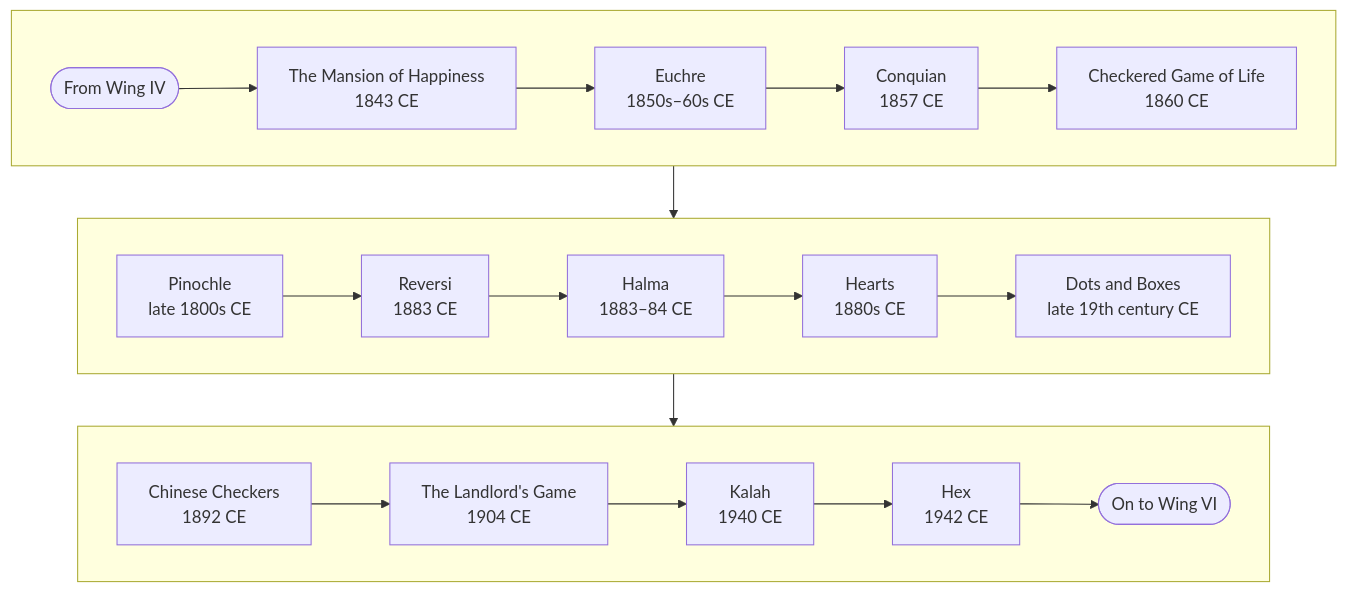
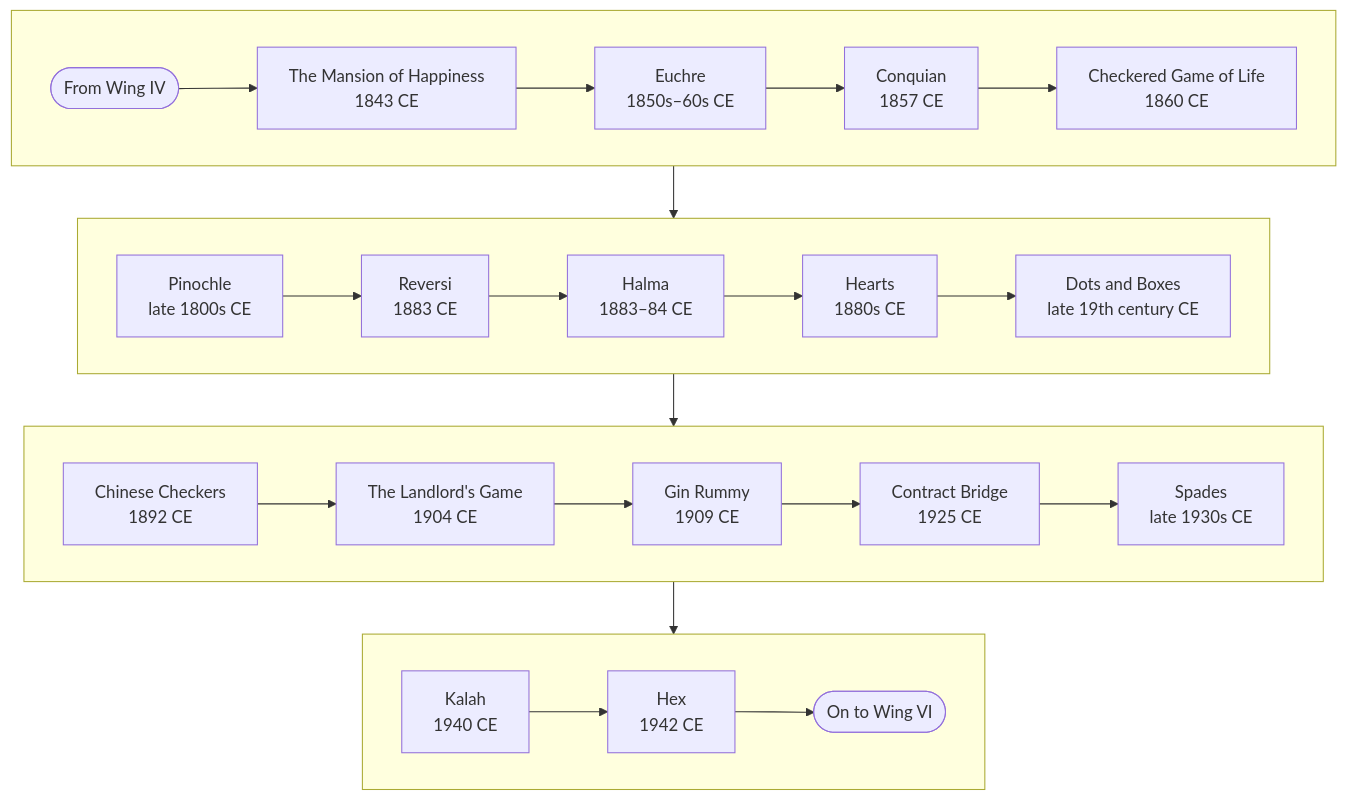
The eighth of 9 diagrams in docs/games/README.md (CptNope/Librarium-Archives), drawn with Mermaid before and after one commit. The commit also changed other lines of this file and 43 other files, not shown here.

First line of the commit message:
0.39.0: the card room, part six: Écarté, Gin Rummy, Contract Bridge and Spades

````diff
--- a/docs/games/README.md
+++ b/docs/games/README.md
@@ -394,17 +399,22 @@
 ```mermaid
 flowchart TB
     subgraph r0[" "]
         direction LR
         in(["From Wing IV"]) --> mansion["The Mansion of Happiness<br/>1843 CE"] --> euchre["Euchre<br/>1850s–60s CE"] --> conquian["Conquian<br/>1857 CE"] --> lifegame["Checkered Game of Life<br/>1860 CE"]
     end
     subgraph r1[" "]
         direction LR
         pinochle["Pinochle<br/>late 1800s CE"] --> reversi["Reversi<br/>1883 CE"] --> halma["Halma<br/>1883–84 CE"] --> hearts["Hearts<br/>1880s CE"] --> dotsboxes["Dots and Boxes<br/>late 19th century CE"]
     end
     subgraph r2[" "]
         direction LR
-        chinese["Chinese Checkers<br/>1892 CE"] --> landlord["The Landlord's Game<br/>1904 CE"] --> kalah["Kalah<br/>1940 CE"] --> hex["Hex<br/>1942 CE"] --> out(["On to Wing VI"])
+        chinese["Chinese Checkers<br/>1892 CE"] --> landlord["The Landlord's Game<br/>1904 CE"] --> gin["Gin Rummy<br/>1909 CE"] --> bridge["Contract Bridge<br/>1925 CE"] --> spades["Spades<br/>late 1930s CE"]
+    end
+    subgraph r3[" "]
+        direction LR
+        kalah["Kalah<br/>1940 CE"] --> hex["Hex<br/>1942 CE"] --> out(["On to Wing VI"])
     end
     r0 --> r1
     r1 --> r2
+    r2 --> r3
 ```
````
